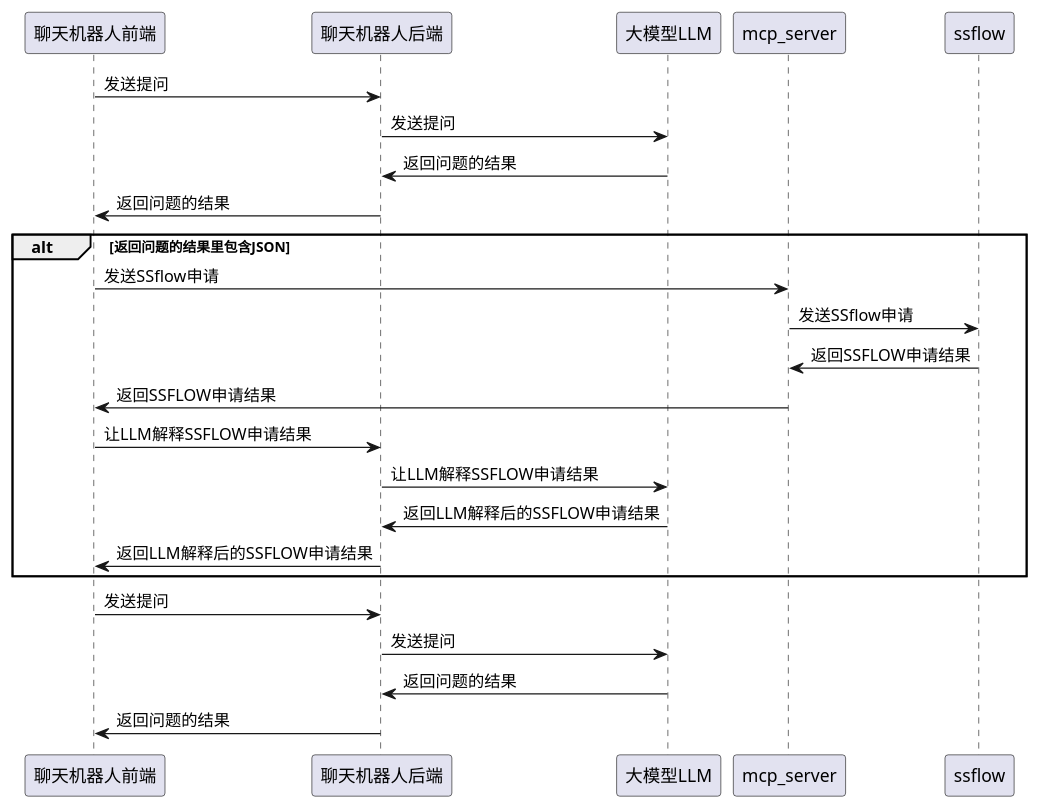
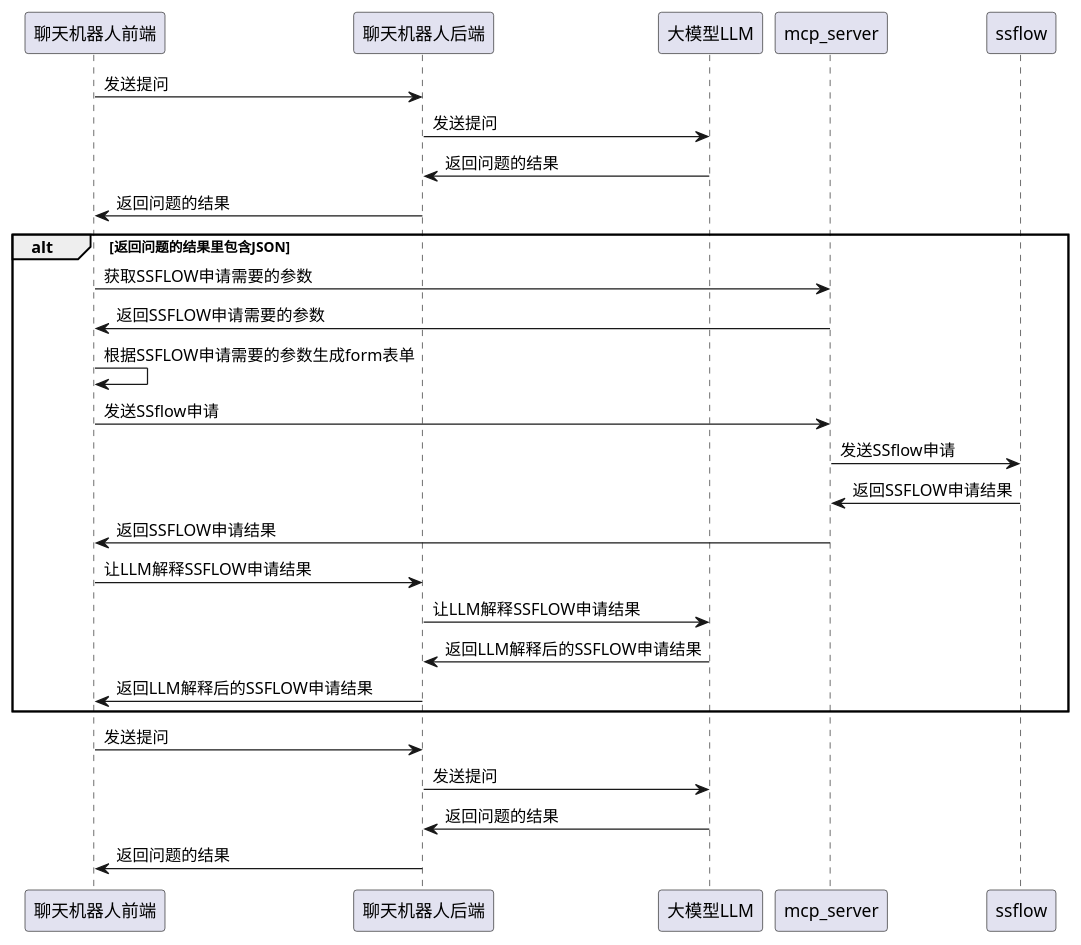
The diagram in uml/.puml (idc-luotao/ai-gen-chatbot-admin), drawn with PlantUML before and after one commit.

```diff
--- a/uml/.puml
+++ b/uml/.puml
@@ -1,25 +1,28 @@
 @startuml
 聊天机器人前端  -> 聊天机器人后端 : 发送提问
 聊天机器人后端  -> 大模型LLM : 发送提问
 大模型LLM      -> 聊天机器人后端 : 返回问题的结果
 聊天机器人后端  -> 聊天机器人前端 : 返回问题的结果
 alt 返回问题的结果里包含JSON
+    聊天机器人前端    -> mcp_server:  获取SSFLOW申请需要的参数
+    mcp_server      -> 聊天机器人前端: 返回SSFLOW申请需要的参数
+    聊天机器人前端  -> 聊天机器人前端: 根据SSFLOW申请需要的参数生成form表单
     聊天机器人前端    -> mcp_server:  发送SSflow申请
     mcp_server      -> ssflow: 发送SSflow申请
     ssflow          -> mcp_server: 返回SSFLOW申请结果
     mcp_server      -> 聊天机器人前端 : 返回SSFLOW申请结果
     聊天机器人前端  -> 聊天机器人后端 : 让LLM解释SSFLOW申请结果
     聊天机器人后端  -> 大模型LLM : 让LLM解释SSFLOW申请结果
     大模型LLM      -> 聊天机器人后端 : 返回LLM解释后的SSFLOW申请结果
     聊天机器人后端  -> 聊天机器人前端 : 返回LLM解释后的SSFLOW申请结果
 ' else 返回问题的结果里不包含JSON
 '    聊天机器人前端  -> 聊天机器人后端 : 发送提问
 '    聊天机器人后端  -> 大模型LLM : 发送提问
 '    大模型LLM      -> 聊天机器人后端 : 返回问题的结果
 '    聊天机器人后端  -> 聊天机器人前端 : 返回问题的结果
 end
 聊天机器人前端  -> 聊天机器人后端 : 发送提问
 聊天机器人后端  -> 大模型LLM : 发送提问
 大模型LLM      -> 聊天机器人后端 : 返回问题的结果
 聊天机器人后端  -> 聊天机器人前端 : 返回问题的结果
 @enduml
```
